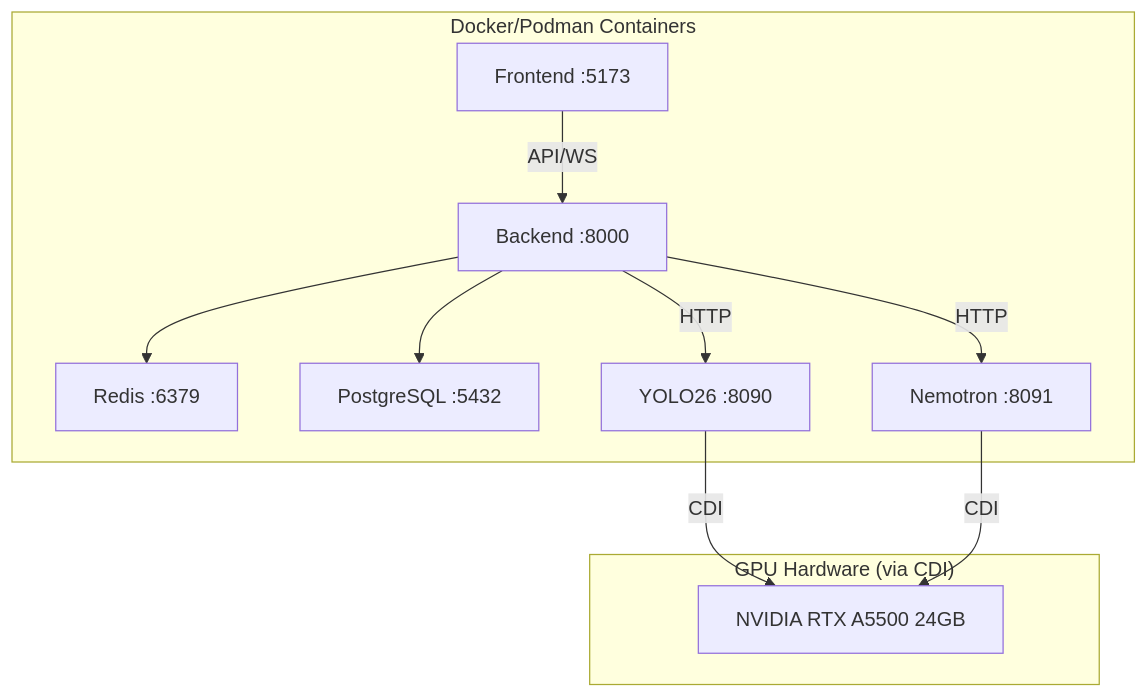
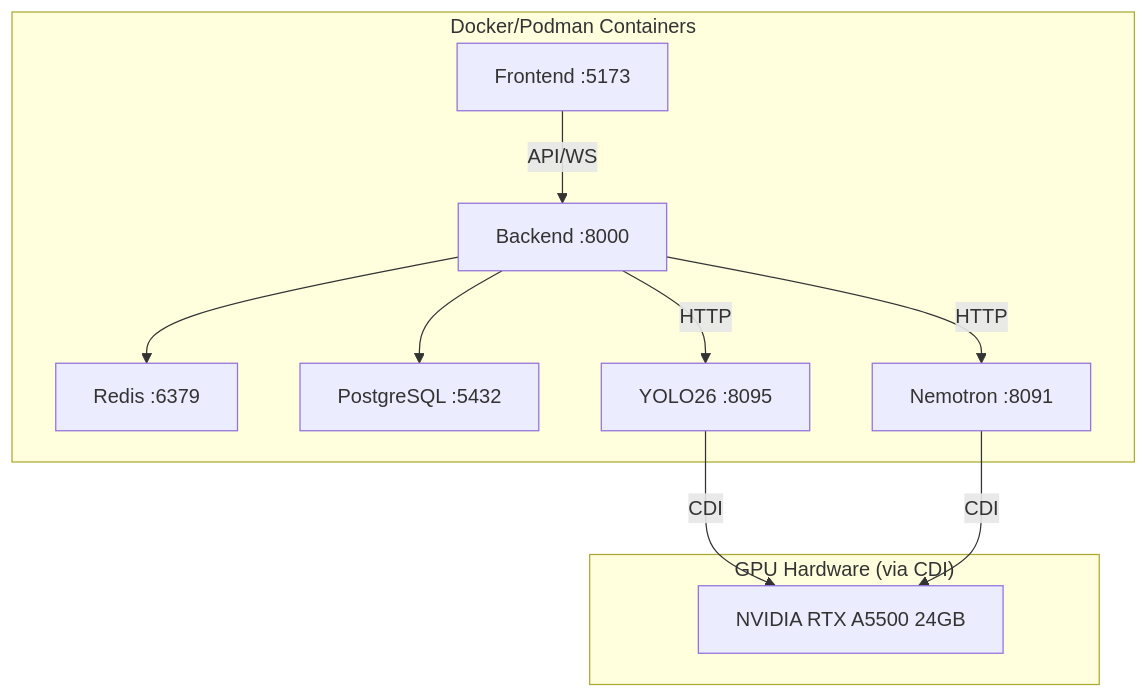
Before and after one commit to mikesvoboda/nemotron-v3-home-security-intelligence: the second of 3 diagrams in docs/architecture/decisions.md, drawn with Mermaid. The commit also changed other lines of this file and 206 other files, not shown here.

````diff
--- a/docs/architecture/decisions.md
+++ b/docs/architecture/decisions.md
@@ -272,23 +274,23 @@
 ```mermaid
 flowchart TB
     subgraph Containers["Docker/Podman Containers"]
         FE[Frontend :5173]
         BE[Backend :8000]
         RD[Redis :6379]
         PG[PostgreSQL :5432]
-        DET[YOLO26 :8090]
+        DET[YOLO26 :8095]
         LLM[Nemotron :8091]
     end
 
     subgraph Hardware["GPU Hardware (via CDI)"]
         GPU[NVIDIA RTX A5500 24GB]
     end
 
     FE -->|API/WS| BE
     BE --> RD
     BE --> PG
     BE -->|HTTP| DET
     BE -->|HTTP| LLM
     DET -->|CDI| GPU
     LLM -->|CDI| GPU
 ```
````
